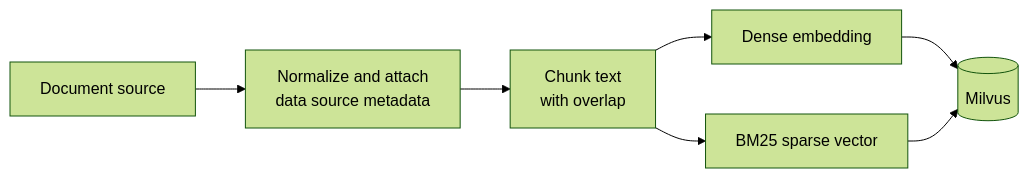
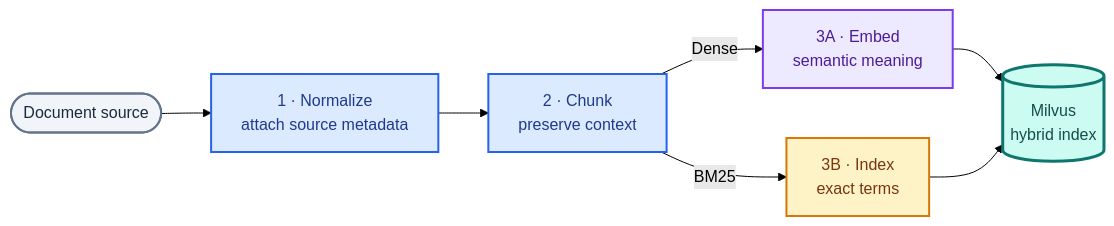
The second of 4 diagrams in docs/docs/knowledge_bases/architecture.md (cnoe-io/ai-platform-engineering), drawn with Mermaid (forest theme) before and after one commit. The commit also changed other lines of this file and 3 other files, not shown here.

Commit message:
docs(features): improve feature diagrams

````diff
--- a/docs/docs/knowledge_bases/architecture.md
+++ b/docs/docs/knowledge_bases/architecture.md
@@ -59,13 +56,25 @@
 ```mermaid
 flowchart LR
-  SRC["Document source"]
-  N["Normalize and attach<br/>data source metadata"]
-  C["Chunk text<br/>with overlap"]
-  D["Dense embedding"]
-  S["BM25 sparse vector"]
-  M[("Milvus")]
+  SRC(["Document source"])
+  N["1 · Normalize<br/>attach source metadata"]
+  C["2 · Chunk<br/>preserve context"]
+  D["3A · Embed<br/>semantic meaning"]
+  S["3B · Index<br/>exact terms"]
+  M[("Milvus<br/>hybrid index")]
 
   SRC --> N --> C
-  C --> D --> M
-  C --> S --> M
+  C -->|"Dense"| D --> M
+  C -->|"BM25"| S --> M
+
+  classDef source fill:#f1f5f9,stroke:#64748b,color:#1e293b,stroke-width:2px
+  classDef process fill:#dbeafe,stroke:#2563eb,color:#1e3a8a,stroke-width:2px
+  classDef semantic fill:#ede9fe,stroke:#7c3aed,color:#4c1d95,stroke-width:2px
+  classDef keyword fill:#fef3c7,stroke:#d97706,color:#78350f,stroke-width:2px
+  classDef store fill:#ccfbf1,stroke:#0f766e,color:#134e4a,stroke-width:3px
+
+  class SRC source
+  class N,C process
+  class D semantic
+  class S keyword
+  class M store
 ```
````
